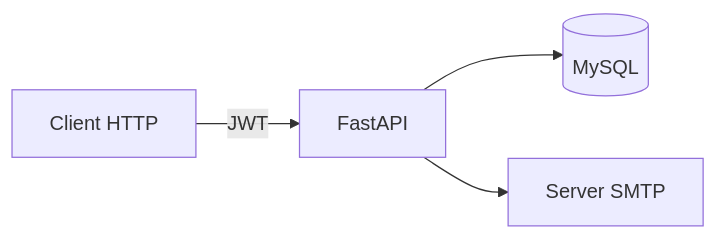
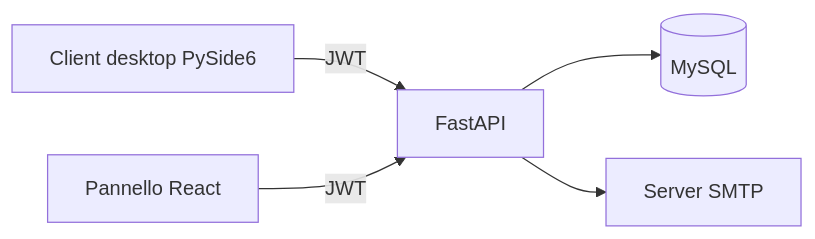
One commit to MatteBianca/MatteBianca changed the diagram in projects/maintenance-api.md. Above: the diagram before and after it, drawn with Mermaid. The commit also changed other lines of this file and 3 other files, not shown here.

````diff
--- a/projects/maintenance-api.md
+++ b/projects/maintenance-api.md
@@ -36,6 +36,7 @@
 ```mermaid
 flowchart LR
-    Client[Client HTTP] -->|JWT| API[FastAPI]
+    Desktop[Client desktop PySide6] -->|JWT| API[FastAPI]
+    Web[Pannello React] -->|JWT| API
     API --> DB[(MySQL)]
     API --> SMTP[Server SMTP]
 ```
````
